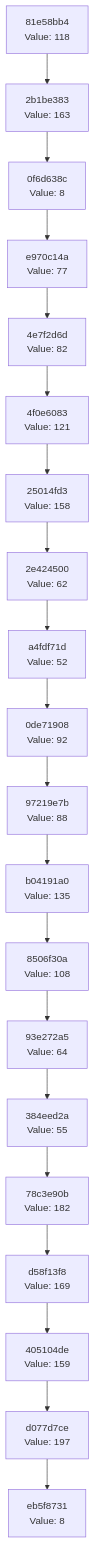
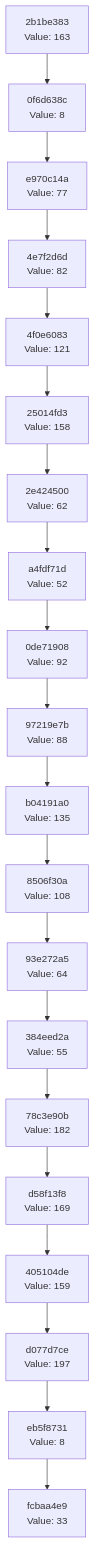
Before and after one commit to Abhisheksinha1506/hash-chain-evolver: the diagram in docs/CHAIN_VISUALIZATION.md, drawn with Mermaid. The commit also changed 2 other files, not shown here.

Commit message:
Evolution step: hash 0x21 → action executed

````diff
--- a/docs/CHAIN_VISUALIZATION.md
+++ b/docs/CHAIN_VISUALIZATION.md
@@ -3,42 +3,42 @@
 ```mermaid
 graph TD
-    C0["eb5f8731<br/>Value: 8"]
-    C1["d077d7ce<br/>Value: 197"]
+    C0["fcbaa4e9<br/>Value: 33"]
+    C1["eb5f8731<br/>Value: 8"]
     C1 --> C0
-    C2["405104de<br/>Value: 159"]
+    C2["d077d7ce<br/>Value: 197"]
     C2 --> C1
-    C3["d58f13f8<br/>Value: 169"]
+    C3["405104de<br/>Value: 159"]
     C3 --> C2
-    C4["78c3e90b<br/>Value: 182"]
+    C4["d58f13f8<br/>Value: 169"]
     C4 --> C3
-    C5["384eed2a<br/>Value: 55"]
+    C5["78c3e90b<br/>Value: 182"]
     C5 --> C4
-    C6["93e272a5<br/>Value: 64"]
+    C6["384eed2a<br/>Value: 55"]
     C6 --> C5
-    C7["8506f30a<br/>Value: 108"]
+    C7["93e272a5<br/>Value: 64"]
     C7 --> C6
-    C8["b04191a0<br/>Value: 135"]
+    C8["8506f30a<br/>Value: 108"]
     C8 --> C7
-    C9["97219e7b<br/>Value: 88"]
+    C9["b04191a0<br/>Value: 135"]
     C9 --> C8
-    C10["0de71908<br/>Value: 92"]
+    C10["97219e7b<br/>Value: 88"]
     C10 --> C9
-    C11["a4fdf71d<br/>Value: 52"]
+    C11["0de71908<br/>Value: 92"]
     C11 --> C10
-    C12["2e424500<br/>Value: 62"]
+    C12["a4fdf71d<br/>Value: 52"]
     C12 --> C11
-    C13["25014fd3<br/>Value: 158"]
+    C13["2e424500<br/>Value: 62"]
     C13 --> C12
-    C14["4f0e6083<br/>Value: 121"]
+    C14["25014fd3<br/>Value: 158"]
     C14 --> C13
-    C15["4e7f2d6d<br/>Value: 82"]
+    C15["4f0e6083<br/>Value: 121"]
     C15 --> C14
-    C16["e970c14a<br/>Value: 77"]
+    C16["4e7f2d6d<br/>Value: 82"]
     C16 --> C15
-    C17["0f6d638c<br/>Value: 8"]
+    C17["e970c14a<br/>Value: 77"]
     C17 --> C16
-    C18["2b1be383<br/>Value: 163"]
+    C18["0f6d638c<br/>Value: 8"]
     C18 --> C17
-    C19["81e58bb4<br/>Value: 118"]
+    C19["2b1be383<br/>Value: 163"]
     C19 --> C18
 ```
````
